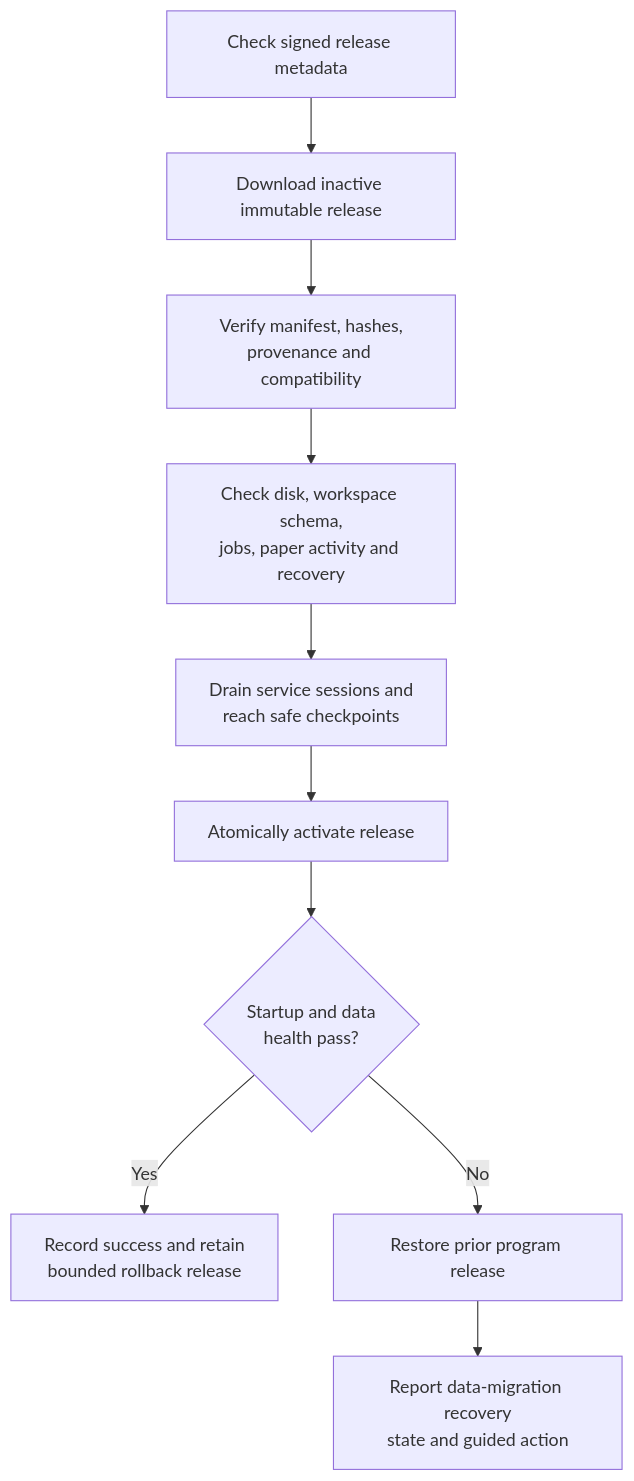
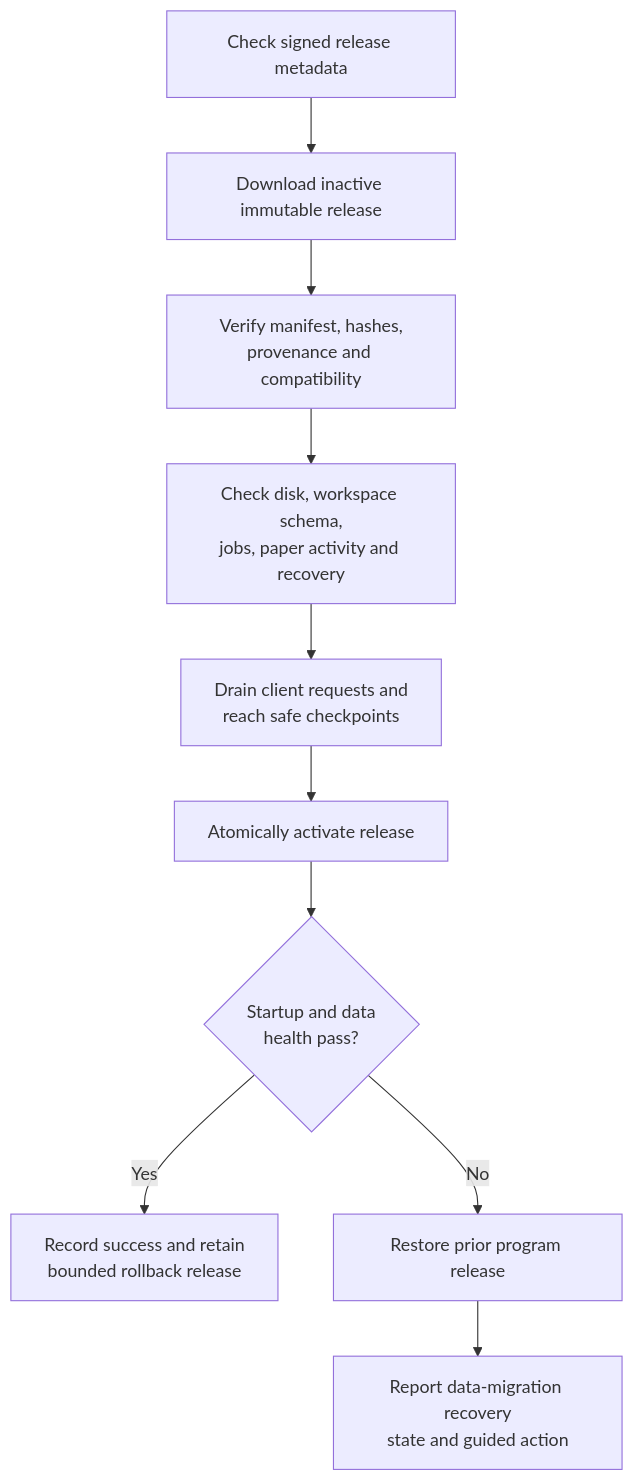
One commit to Sawmonabo/market-squawk changed the tenth of 11 diagrams in docs/superpowers/specs/2026-08-01-market-squawk-v1-installed-product-experience-design.md. Above: the diagram before and after it, drawn with Mermaid. The commit also changed other lines of this file and 2 other files, not shown here.

````diff
--- a/docs/superpowers/specs/2026-08-01-market-squawk-v1-installed-product-experience-design.md
+++ b/docs/superpowers/specs/2026-08-01-market-squawk-v1-installed-product-experience-design.md
@@ -1172,12 +1193,12 @@
 ```mermaid
 flowchart TD
     Check["Check signed release metadata"] --> Download["Download inactive immutable release"]
     Download --> Verify["Verify manifest, hashes,<br/>provenance and compatibility"]
     Verify --> Preflight["Check disk, workspace schema,<br/>jobs, paper activity and recovery"]
-    Preflight --> Drain["Drain service sessions and<br/>reach safe checkpoints"]
+    Preflight --> Drain["Drain client requests and<br/>reach safe checkpoints"]
     Drain --> Activate["Atomically activate release"]
     Activate --> Health{"Startup and data<br/>health pass?"}
     Health -- Yes --> Complete["Record success and retain<br/>bounded rollback release"]
     Health -- No --> Rollback["Restore prior program release"]
     Rollback --> Recover["Report data-migration recovery<br/>state and guided action"]
 ```
````
